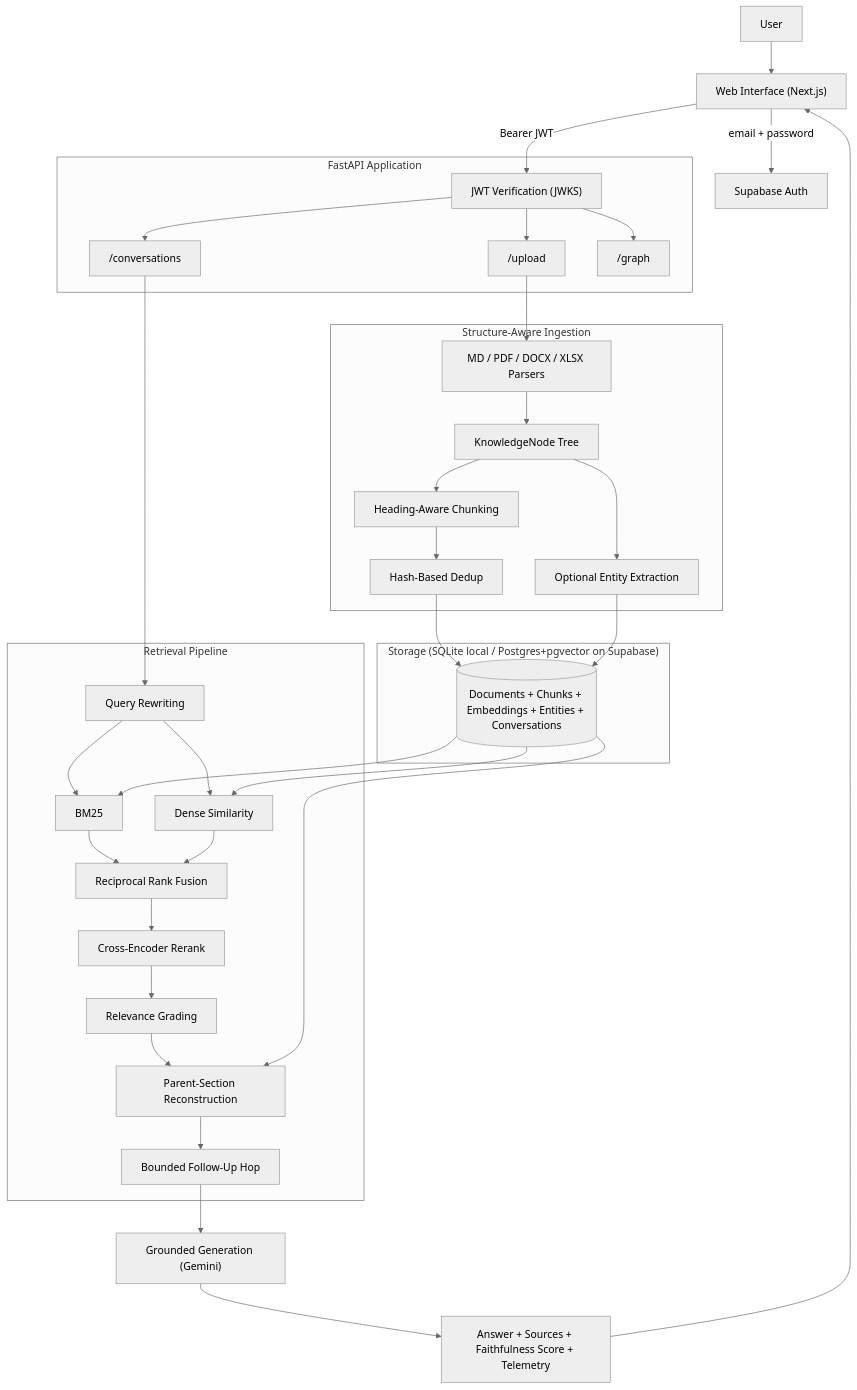
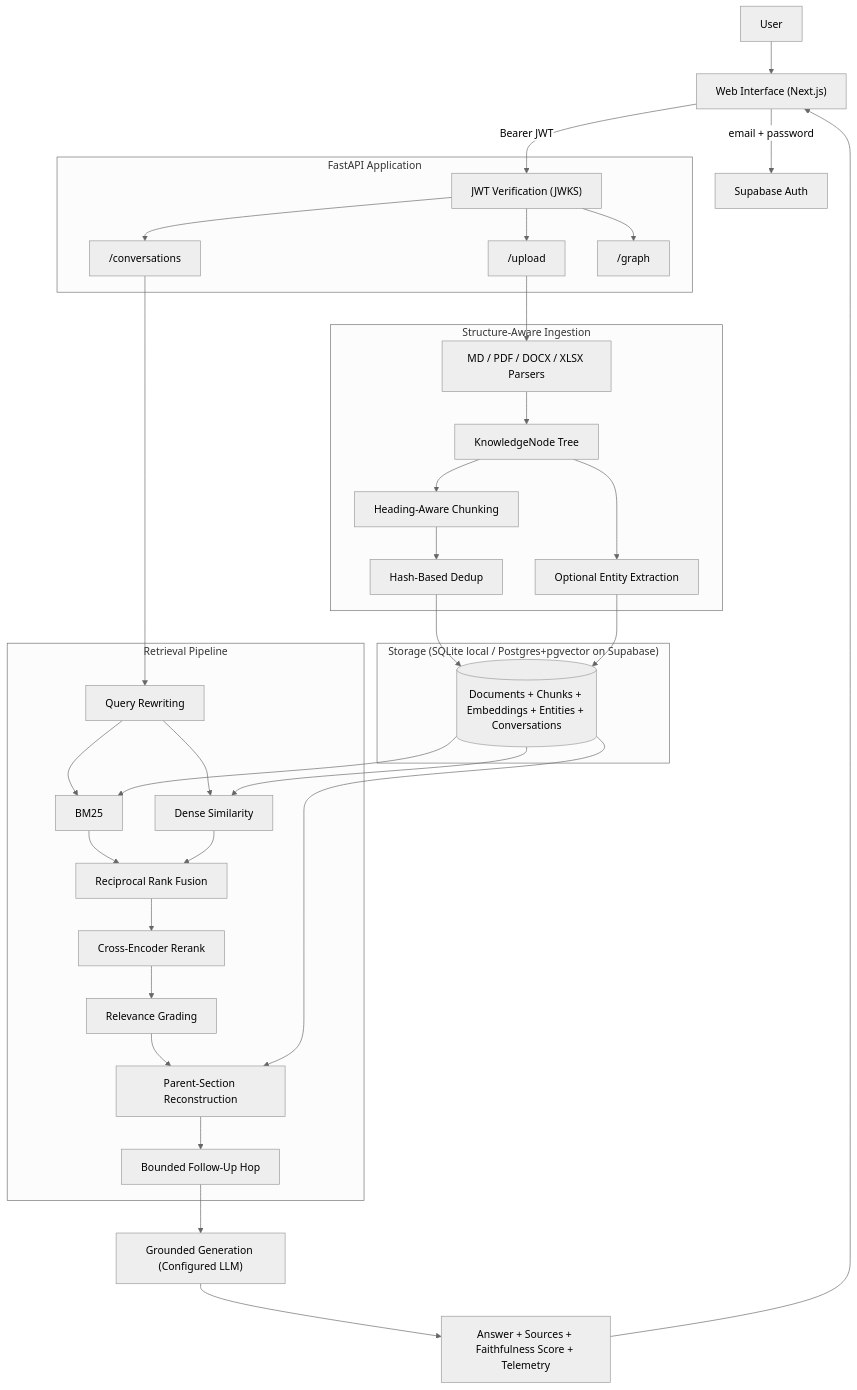
One commit to hasnaintypes/evidence-rag changed the diagram in README.md. Above: the diagram before and after it, drawn with Mermaid (neutral theme). The commit also changed other lines of this file and 2 other files, not shown here.

````diff
--- a/README.md
+++ b/README.md
@@ -71,43 +67,43 @@
 ```mermaid
 flowchart TB
     U["User"] --> UI["Web Interface (Next.js)"]
     UI -- "email + password" --> SBAUTH["Supabase Auth"]
 
     subgraph API["FastAPI Application"]
         DEPS["JWT Verification (JWKS)"]
         CONV["/conversations"]
         UPLOAD["/upload"]
         GRAPHAPI["/graph"]
     end
 
     UI -- "Bearer JWT" --> DEPS --> CONV & UPLOAD & GRAPHAPI
 
     subgraph INGESTION["Structure-Aware Ingestion"]
         PARSERS["MD / PDF / DOCX / XLSX Parsers"] --> TREE["KnowledgeNode Tree"]
         TREE --> CHUNK["Heading-Aware Chunking"] --> HASH["Hash-Based Dedup"]
         TREE --> ENTITY["Optional Entity Extraction"]
     end
 
     UPLOAD --> PARSERS
 
     subgraph STORAGE["Storage (SQLite local / Postgres+pgvector on Supabase)"]
         DB[("Documents + Chunks + Embeddings + Entities + Conversations")]
     end
 
     HASH --> DB
     ENTITY --> DB
 
     subgraph RETRIEVAL["Retrieval Pipeline"]
         REWRITE["Query Rewriting"] --> BM25["BM25"] & DENSE["Dense Similarity"]
         BM25 --> RRF["Reciprocal Rank Fusion"]
         DENSE --> RRF
         RRF --> RERANK["Cross-Encoder Rerank"] --> GRADE["Relevance Grading"]
         GRADE --> PARENT["Parent-Section Reconstruction"] --> FOLLOWUP["Bounded Follow-Up Hop"]
     end
 
     CONV --> REWRITE
     DB --> BM25 & DENSE & PARENT
-    FOLLOWUP --> GEN["Grounded Generation (Gemini)"]
+    FOLLOWUP --> GEN["Grounded Generation (Configured LLM)"]
 
     GEN --> ANSWER["Answer + Sources + Faithfulness Score + Telemetry"] --> UI
 ```
````
